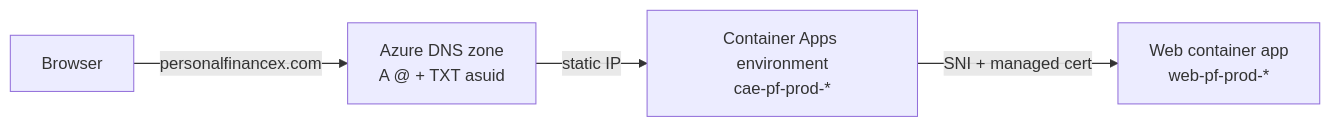
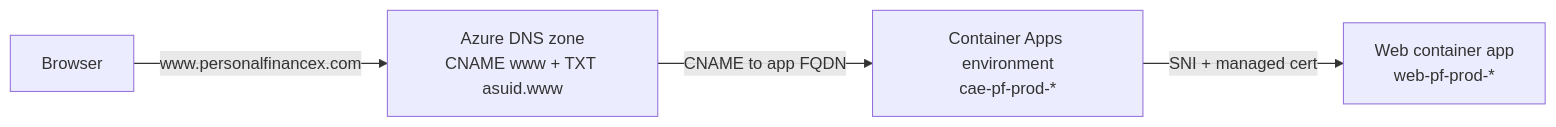
The diagram in docs/CUSTOM_DOMAIN.md (tngo0508/PersonalFinance), drawn with Mermaid before and after one commit. The commit also changed other lines of this file and 7 other files, not shown here.

````diff
--- a/docs/CUSTOM_DOMAIN.md
+++ b/docs/CUSTOM_DOMAIN.md
@@ -53,6 +57,6 @@
 ```mermaid
 flowchart LR
-    U[Browser] -->|personalfinancex.com| DNS[Azure DNS zone<br/>A @ + TXT asuid]
-    DNS -->|static IP| ENV[Container Apps environment<br/>cae-pf-prod-*]
+    U[Browser] -->|www.personalfinancex.com| DNS[Azure DNS zone<br/>CNAME www + TXT asuid.www]
+    DNS -->|CNAME to app FQDN| ENV[Container Apps environment<br/>cae-pf-prod-*]
     ENV -->|SNI + managed cert| WEB[Web container app<br/>web-pf-prod-*]
 ```
````
